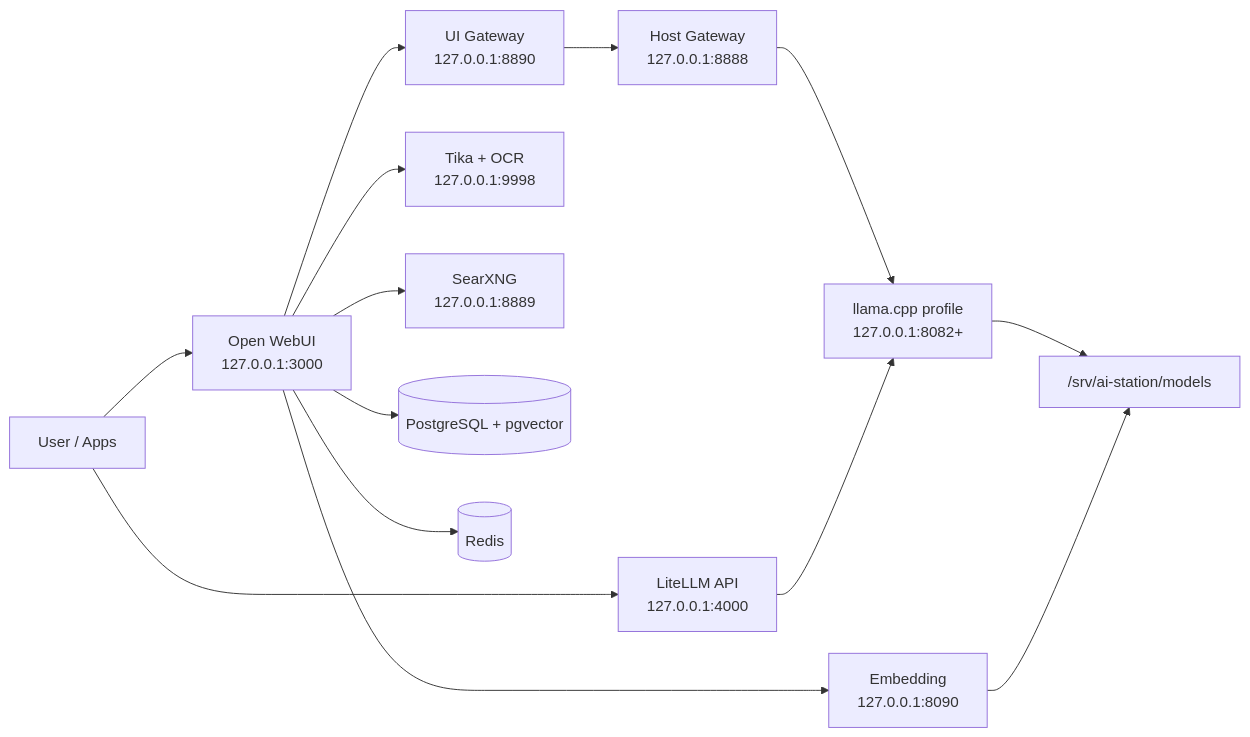
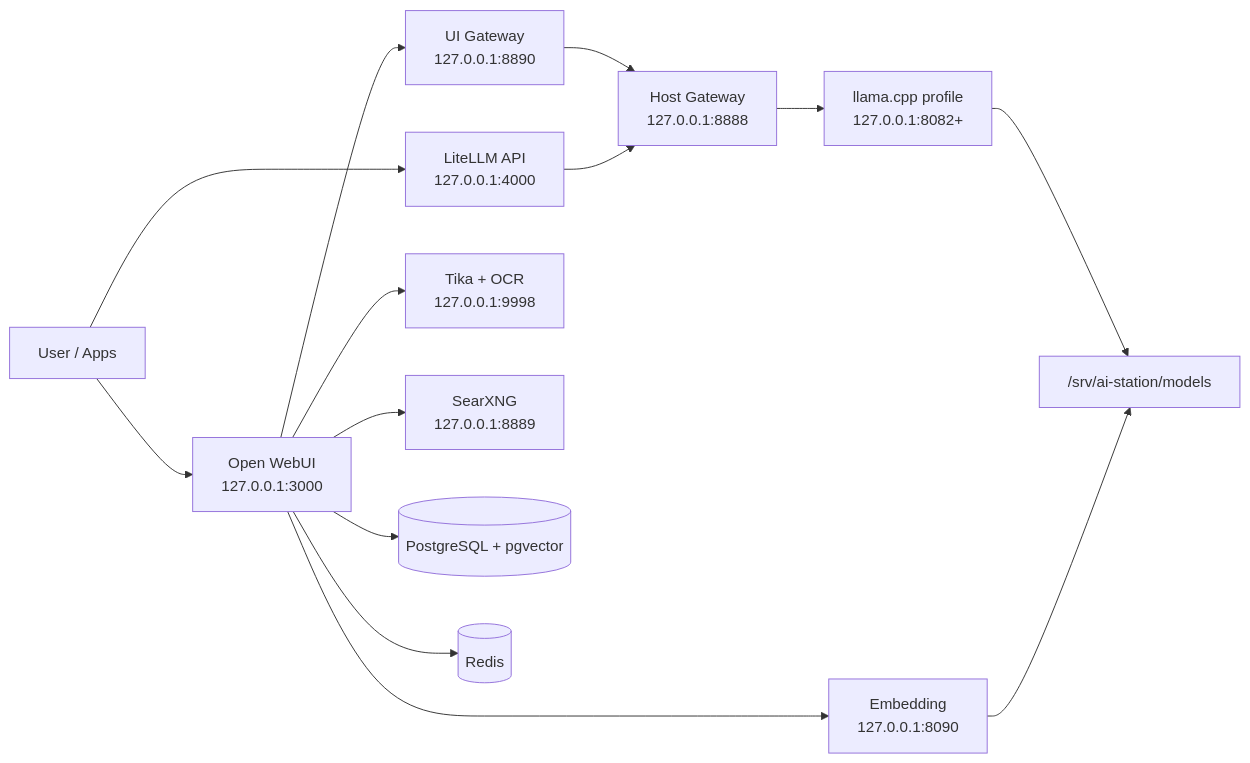
The diagram in README.md (Ramtin-Karbaschi/ai-station), drawn with Mermaid before and after one commit. The commit also changed other lines of this file and 145 other files, not shown here.

```diff
--- a/README.md
+++ b/README.md
@@ -110,19 +109,19 @@
 ~~~mermaid
 flowchart LR
     U[User / Apps] --> W[Open WebUI<br/>127.0.0.1:3000]
     U --> API[LiteLLM API<br/>127.0.0.1:4000]
 
     W --> UI[UI Gateway<br/>127.0.0.1:8890]
     UI --> G[Host Gateway<br/>127.0.0.1:8888]
     G --> L[llama.cpp profile<br/>127.0.0.1:8082+]
-    API --> L
+    API --> G
 
     W --> E[Embedding<br/>127.0.0.1:8090]
     W --> T[Tika + OCR<br/>127.0.0.1:9998]
     W --> S[SearXNG<br/>127.0.0.1:8889]
     W --> P[(PostgreSQL + pgvector)]
     W --> R[(Redis)]
 
     L --> M["/srv/ai-station/models"]
     E --> M
 ~~~
```
